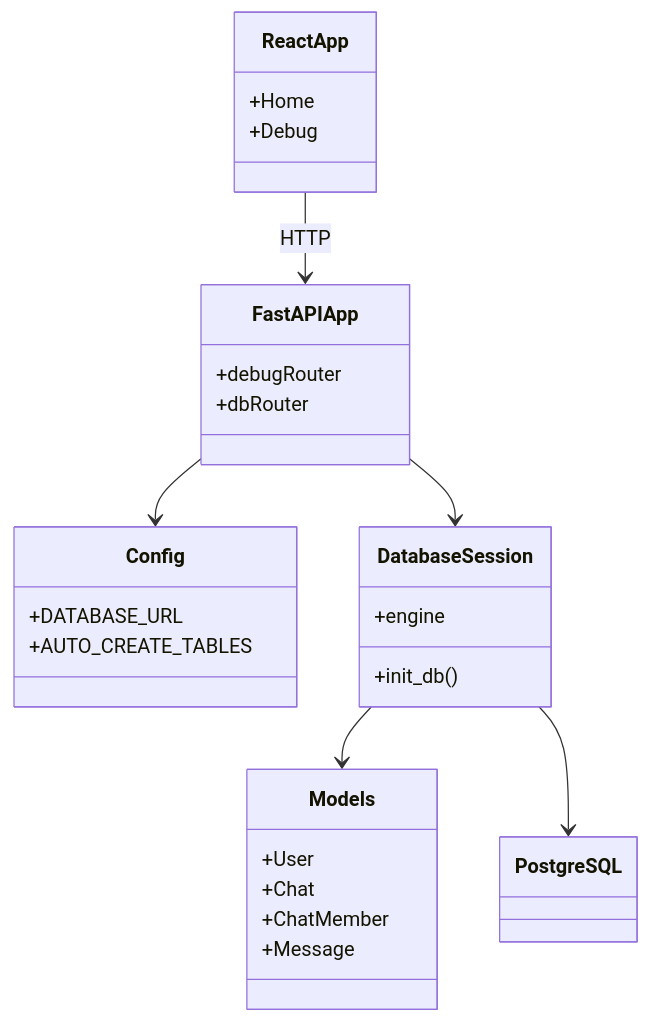
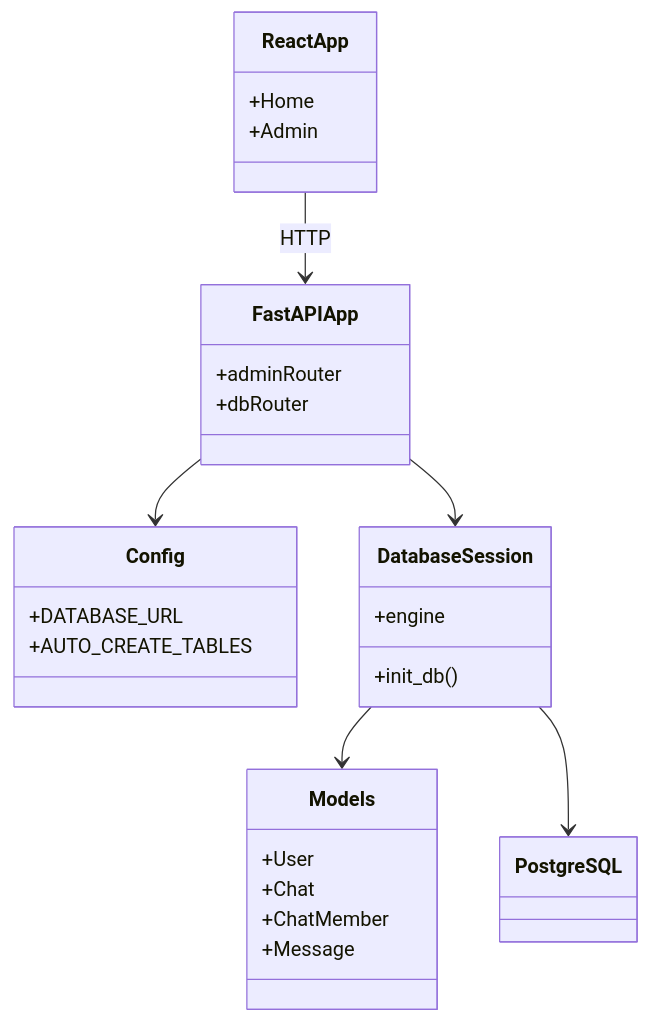
One commit to aske312/project_403 changed the third of 4 diagrams in README.md. Above: the diagram before and after it, drawn with Mermaid. The commit also changed other lines of this file and 10 other files, not shown here.

````diff
--- a/README.md
+++ b/README.md
@@ -262,35 +263,35 @@
 ```mermaid
 classDiagram
     class ReactApp {
         +Home
-        +Debug
+        +Admin
     }
 
     class FastAPIApp {
-        +debugRouter
+        +adminRouter
         +dbRouter
     }
 
     class Config {
         +DATABASE_URL
         +AUTO_CREATE_TABLES
     }
 
     class DatabaseSession {
         +engine
         +init_db()
     }
 
     class Models {
         +User
         +Chat
         +ChatMember
         +Message
     }
 
     ReactApp --> FastAPIApp : HTTP
     FastAPIApp --> Config
     FastAPIApp --> DatabaseSession
     DatabaseSession --> Models
     DatabaseSession --> PostgreSQL
 ```
````
